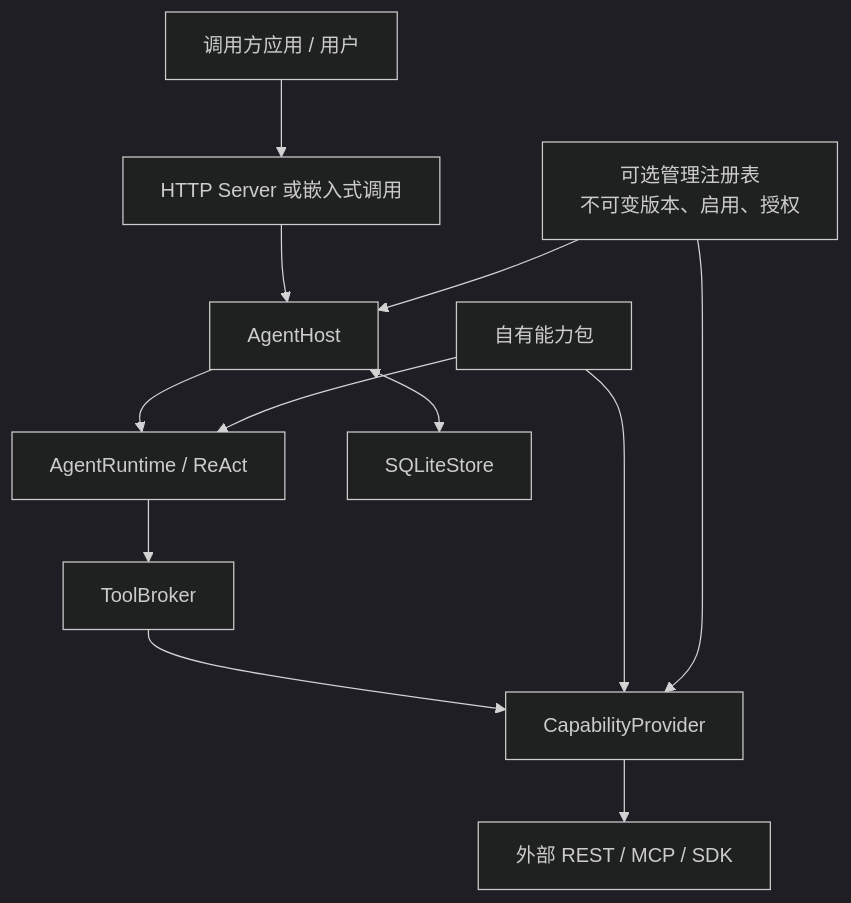
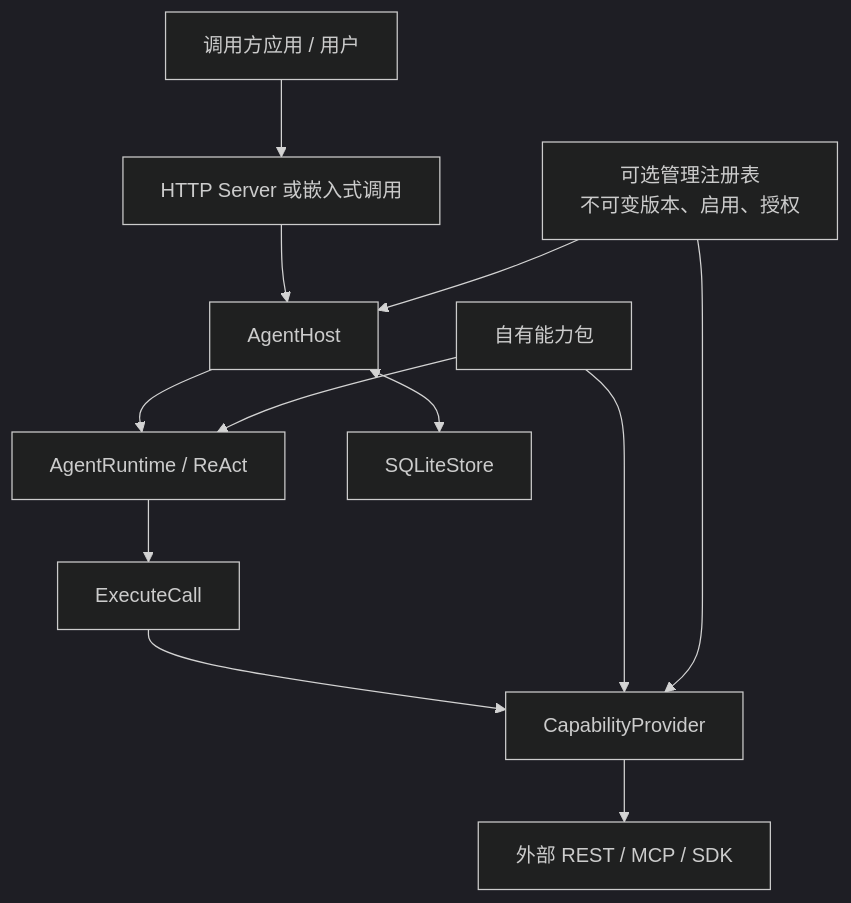
The first of 2 diagrams in docs/architecture.md (KHG420/agenstra), drawn with Mermaid (dark theme) before and after one commit. The commit also changed other lines of this file and 88 other files, not shown here.

````diff
--- a/docs/architecture.md
+++ b/docs/architecture.md
@@ -7,14 +7,14 @@
 ```mermaid
 flowchart TB
     App[调用方应用 / 用户] --> API[HTTP Server 或嵌入式调用]
     API --> Host[AgentHost]
     Host --> Runtime[AgentRuntime / ReAct]
-    Runtime --> Broker[ToolBroker]
+    Runtime --> Broker[ExecuteCall]
     Broker --> Provider[CapabilityProvider]
     Provider --> Services[外部 REST / MCP / SDK]
     Host <--> Store[SQLiteStore]
     Pack[自有能力包] --> Provider
     Registry[可选管理注册表\n不可变版本、启用、授权] --> Host
     Registry --> Provider
     Pack --> Runtime
 ```
````
